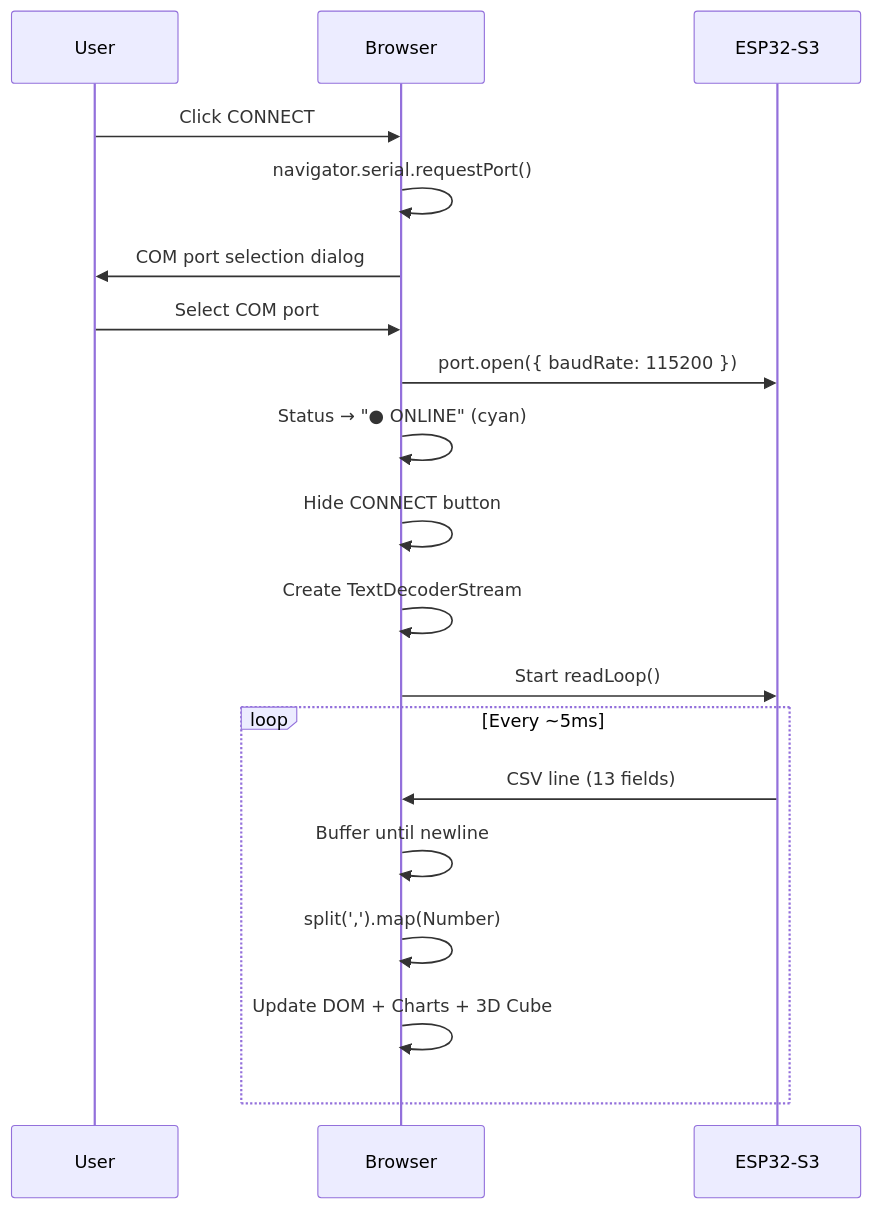
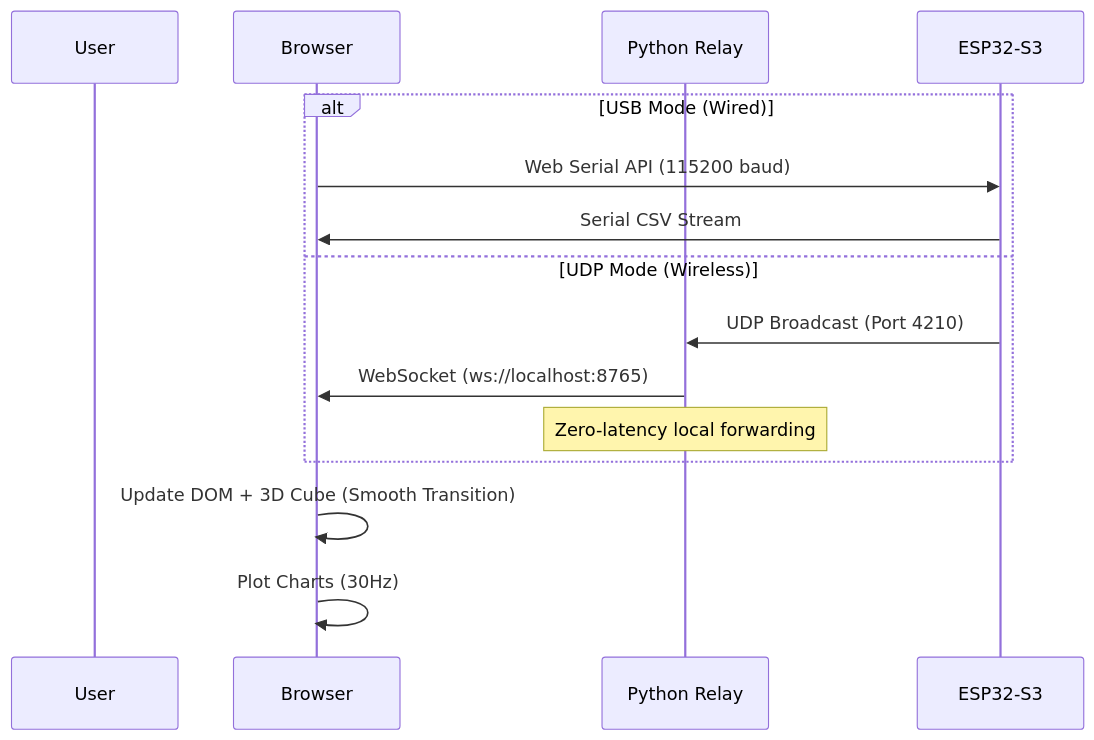
The diagram in docs/WEB_DASHBOARD.md (zwll0911/GY912_Module), drawn with Mermaid before and after one commit. The commit also changed other lines of this file and 6 other files, not shown here.

````diff
--- a/docs/WEB_DASHBOARD.md
+++ b/docs/WEB_DASHBOARD.md
@@ -161,23 +168,19 @@
 ```mermaid
 sequenceDiagram
     participant User
     participant Browser
+    participant Relay as Python Relay
     participant ESP32 as ESP32-S3
 
-    User->>Browser: Click CONNECT
-    Browser->>Browser: navigator.serial.requestPort()
-    Browser->>User: COM port selection dialog
-    User->>Browser: Select COM port
-    Browser->>ESP32: port.open({ baudRate: 115200 })
-    Browser->>Browser: Status → "● ONLINE" (cyan)
-    Browser->>Browser: Hide CONNECT button
-    Browser->>Browser: Create TextDecoderStream
-    Browser->>ESP32: Start readLoop()
+    alt USB Mode (Wired)
+        Browser->>ESP32: Web Serial API (115200 baud)
+        ESP32->>Browser: Serial CSV Stream
+    else UDP Mode (Wireless)
+        ESP32->>Relay: UDP Broadcast (Port 4210)
+        Relay->>Browser: WebSocket (ws://localhost:8765)
+        Note over Relay: Zero-latency local forwarding
+    end
 
-    loop Every ~5ms
-        ESP32->>Browser: CSV line (13 fields)
-        Browser->>Browser: Buffer until newline
-        Browser->>Browser: split(',').map(Number)
-        Browser->>Browser: Update DOM + Charts + 3D Cube
-    end
+    Browser->>Browser: Update DOM + 3D Cube (Smooth Transition)
+    Browser->>Browser: Plot Charts (30Hz)
 ```
````
